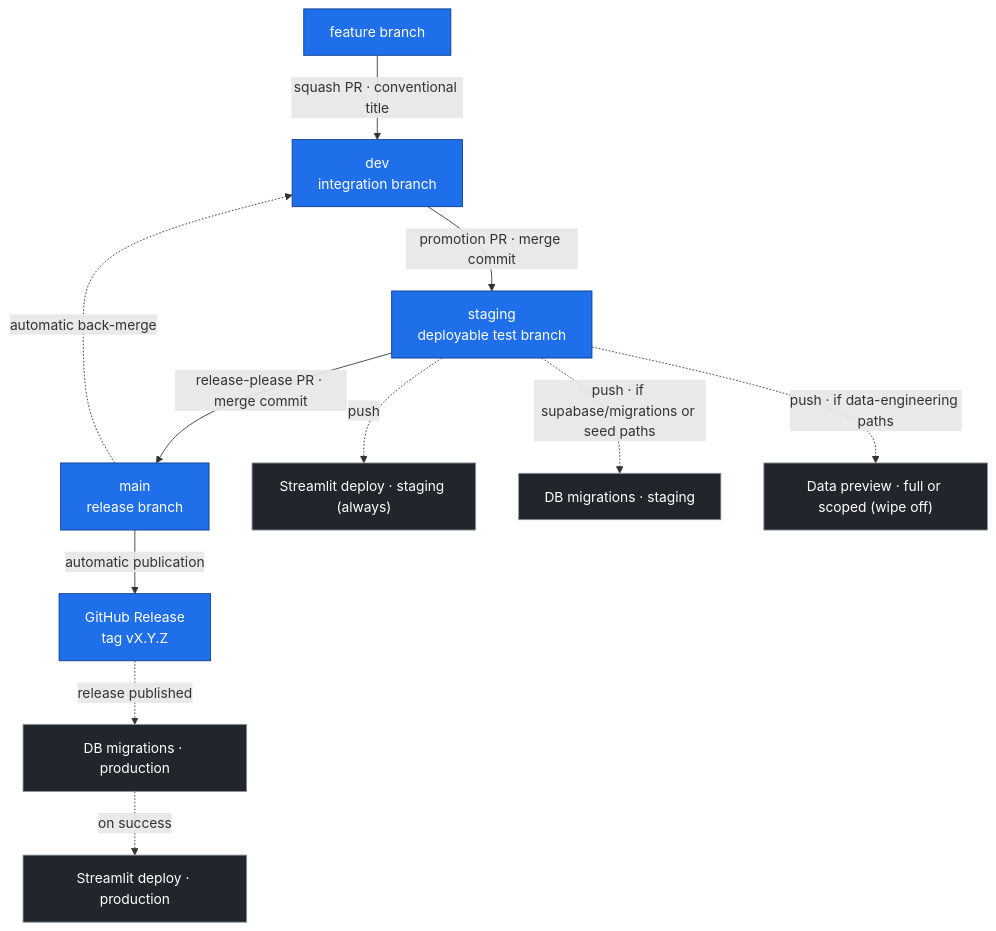
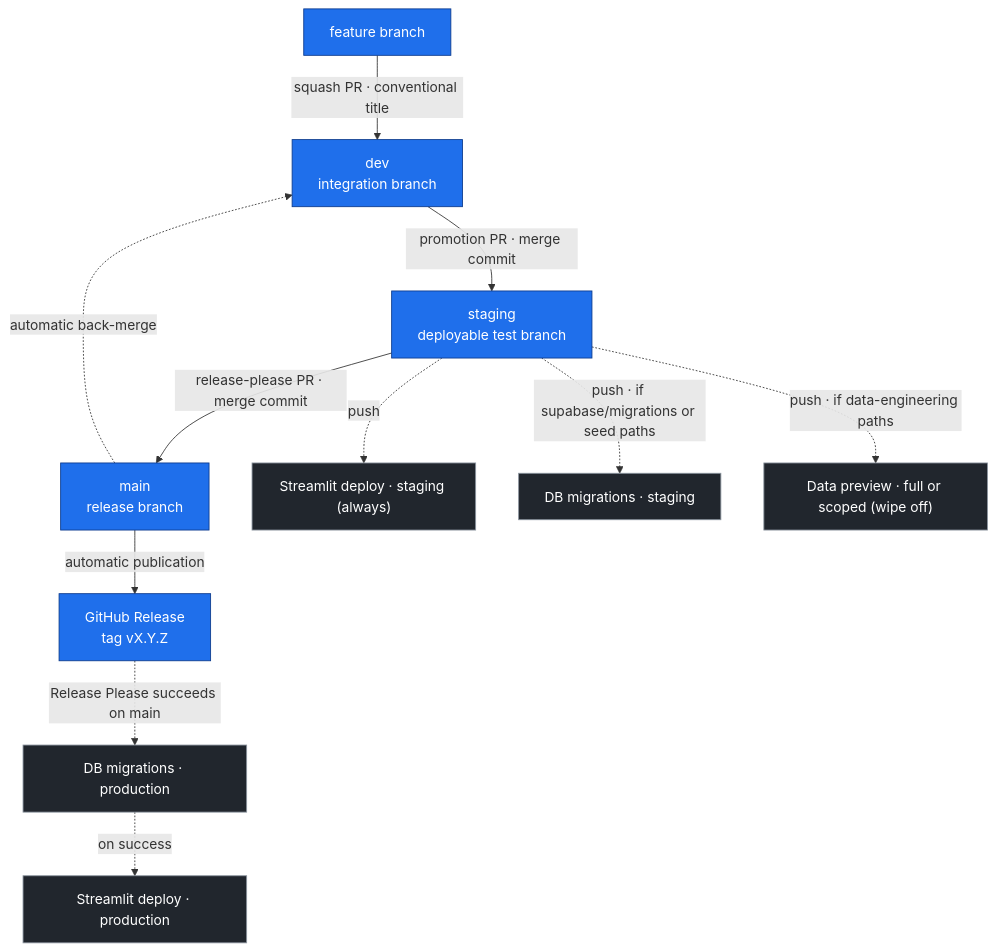
The diagram in docs/git_flow.md (DGAFP/assistant-rh), drawn with Mermaid before and after one commit. The commit also changed other lines of this file and 7 other files, not shown here.

Commit message:
fix: secure production release deployment chain

````diff
--- a/docs/git_flow.md
+++ b/docs/git_flow.md
@@ -9,20 +9,20 @@
 ```mermaid
 flowchart TD
     F["feature branch"] -->|"squash PR · conventional title"| DEV["dev<br/>integration branch"]
     DEV -->|"promotion PR · merge commit"| STG["staging<br/>deployable test branch"]
     STG -->|"release-please PR · merge commit"| MAIN["main<br/>release branch"]
     MAIN -->|"automatic publication"| REL["GitHub Release<br/>tag vX.Y.Z"]
     MAIN -.->|"automatic back-merge"| DEV
 
     STG -.->|push| S1["Streamlit deploy · staging (always)"]
     STG -.->|"push · if supabase/migrations or seed paths"| S2["DB migrations · staging"]
     STG -.->|"push · if data-engineering paths"| S3["Data preview · full or scoped (wipe off)"]
 
-    REL -.->|release published| P1["DB migrations · production"]
+    REL -.->|Release Please succeeds on main| P1["DB migrations · production"]
     P1 -.->|on success| P2["Streamlit deploy · production"]
 
     classDef branch fill:#1f6feb,stroke:#0b3a8c,color:#fff;
     classDef job fill:#21262d,stroke:#8b949e,color:#fff;
     class F,DEV,STG,MAIN,REL branch;
     class S1,S2,S3,P1,P2 job;
 ```
````
